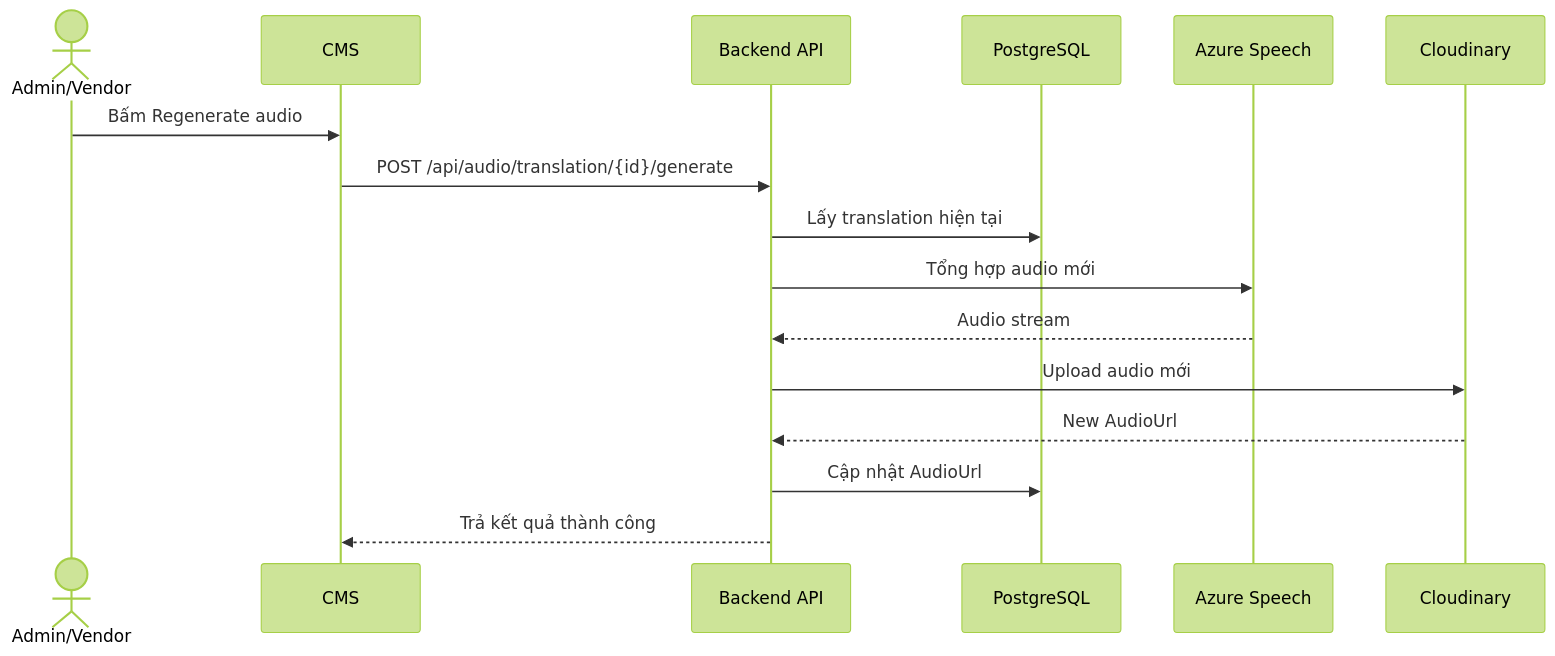
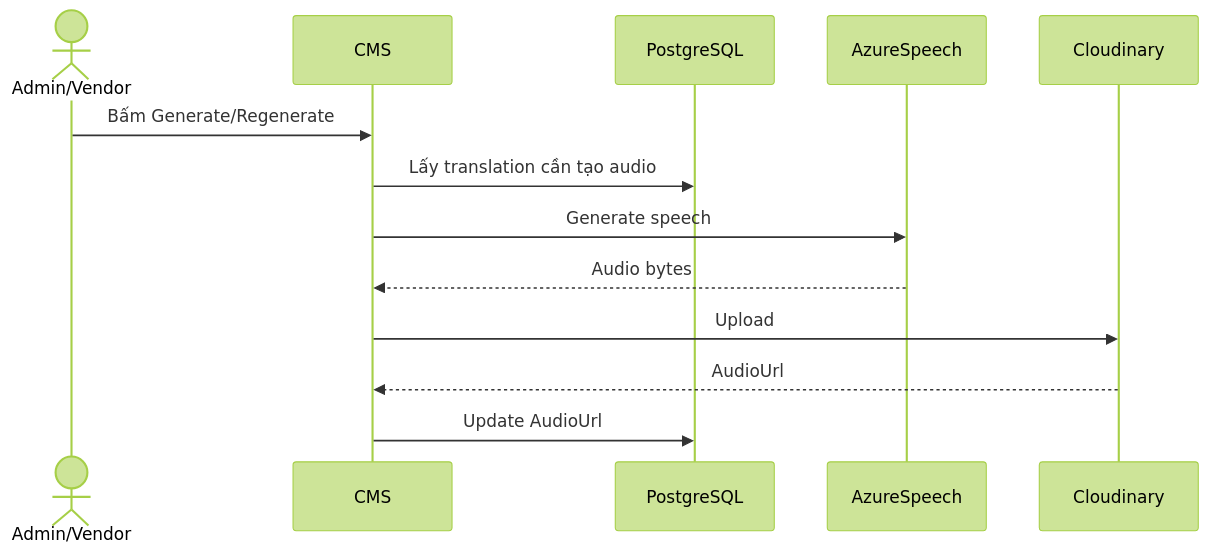
Before and after one commit to EricHoang28092k5/SmartTour: the tenth of 41 diagrams in PRD_SmartTour.md, drawn with Mermaid (forest theme). The commit also changed other lines of this file, not shown here.

````diff
--- a/PRD_SmartTour.md
+++ b/PRD_SmartTour.md
@@ -665,19 +596,15 @@
 ```mermaid
 sequenceDiagram
-    actor A as Admin/Vendor
+    actor U as Admin/Vendor
     participant CMS as CMS
-    participant API as Backend API
     participant DB as PostgreSQL
-    participant TTS as Azure Speech
+    participant TTS as AzureSpeech
     participant CLD as Cloudinary
-
-    A->>CMS: Bấm Regenerate audio
-    CMS->>API: POST /api/audio/translation/{id}/generate
-    API->>DB: Lấy translation hiện tại
-    API->>TTS: Tổng hợp audio mới
-    TTS-->>API: Audio stream
-    API->>CLD: Upload audio mới
-    CLD-->>API: New AudioUrl
-    API->>DB: Cập nhật AudioUrl
-    API-->>CMS: Trả kết quả thành công
+    U->>CMS: Bấm Generate/Regenerate
+    CMS->>DB: Lấy translation cần tạo audio
+    CMS->>TTS: Generate speech
+    TTS-->>CMS: Audio bytes
+    CMS->>CLD: Upload
+    CLD-->>CMS: AudioUrl
+    CMS->>DB: Update AudioUrl
 ```
````
